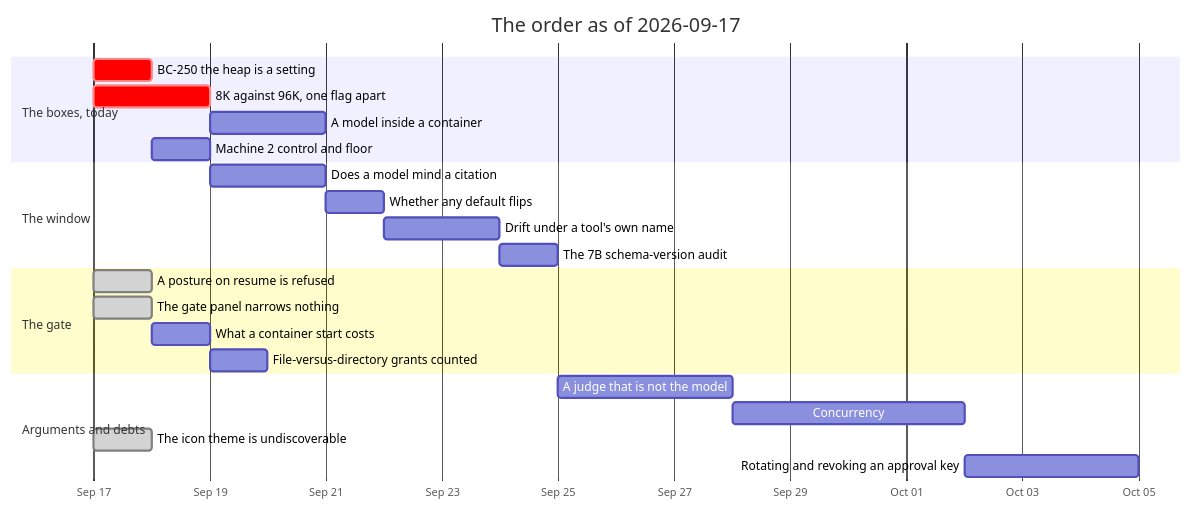
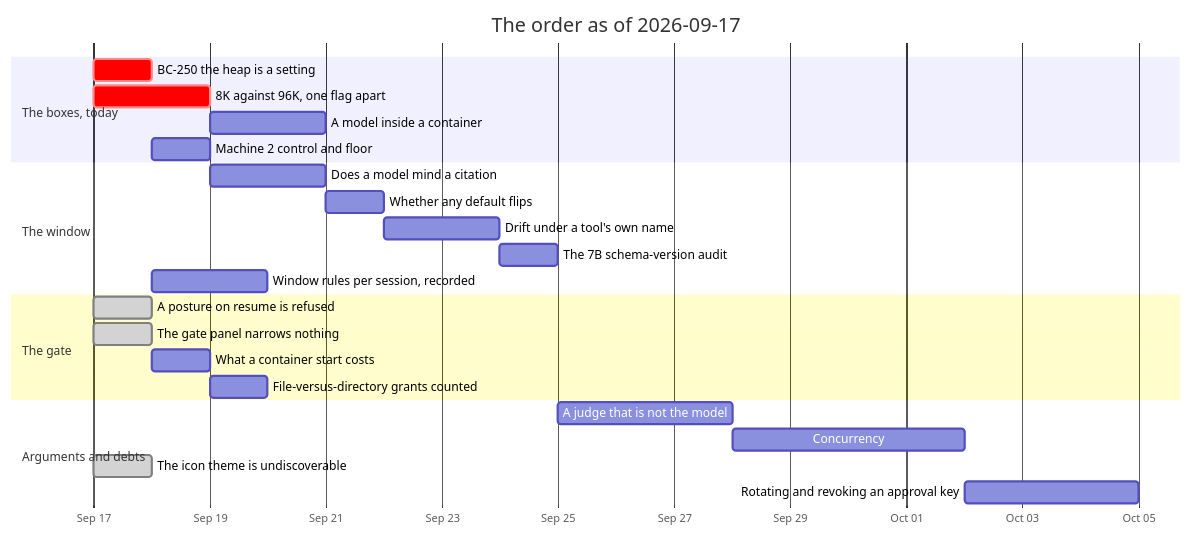
One commit to jgermade/luu changed the diagram in ROADMAP/2026-09-17/README.md. Above: the diagram before and after it, drawn with Mermaid. The commit also changed other lines of this file and 1 other file, not shown here.

First line of the commit message:
The window rules are a session's fact, not a screen's

````diff
--- a/ROADMAP/2026-09-17/README.md
+++ b/ROADMAP/2026-09-17/README.md
@@ -115,26 +116,27 @@
 ```mermaid
 gantt
     title The order as of 2026-09-17
     dateFormat YYYY-MM-DD
     axisFormat %b %d
     section The boxes, today
     BC-250 the heap is a setting           :crit, gtt, 2026-09-17, 1d
     8K against 96K, one flag apart         :crit, ctx, 2026-09-17, 2d
     A model inside a container             :ctr, after ctx, 2d
     Machine 2 control and floor            :m2, after gtt, 1d
     section The window
     Does a model mind a citation           :cite, after ctx, 2d
     Whether any default flips              :flip, after cite, 1d
     Drift under a tool's own name          :drift, after flip, 2d
     The 7B schema-version audit            :audit, after drift, 1d
+    Window rules per session, recorded     :rules, 2026-09-18, 2d
     section The gate
     A posture on resume is refused         :done, posture, 2026-09-17, 1d
     The gate panel narrows nothing         :done, panel, 2026-09-17, 1d
     What a container start costs           :cost, after panel, 1d
     File-versus-directory grants counted   :grants, after cost, 1d
     section Arguments and debts
     A judge that is not the model          :judge, after audit, 3d
     Concurrency                            :conc, after judge, 4d
     The icon theme is undiscoverable       :done, icon, 2026-09-17, 1d
     Rotating and revoking an approval key  :keys, after conc, 3d
 ```
````
